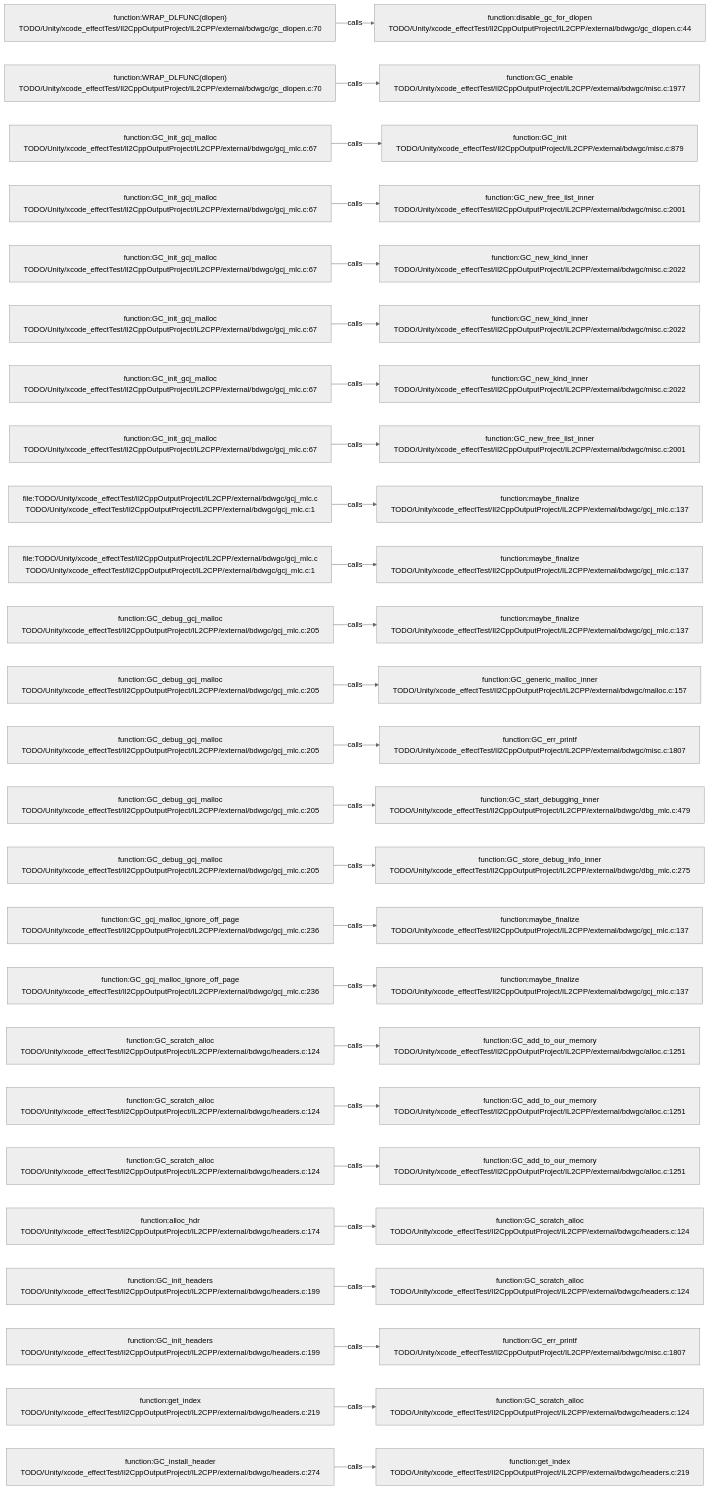
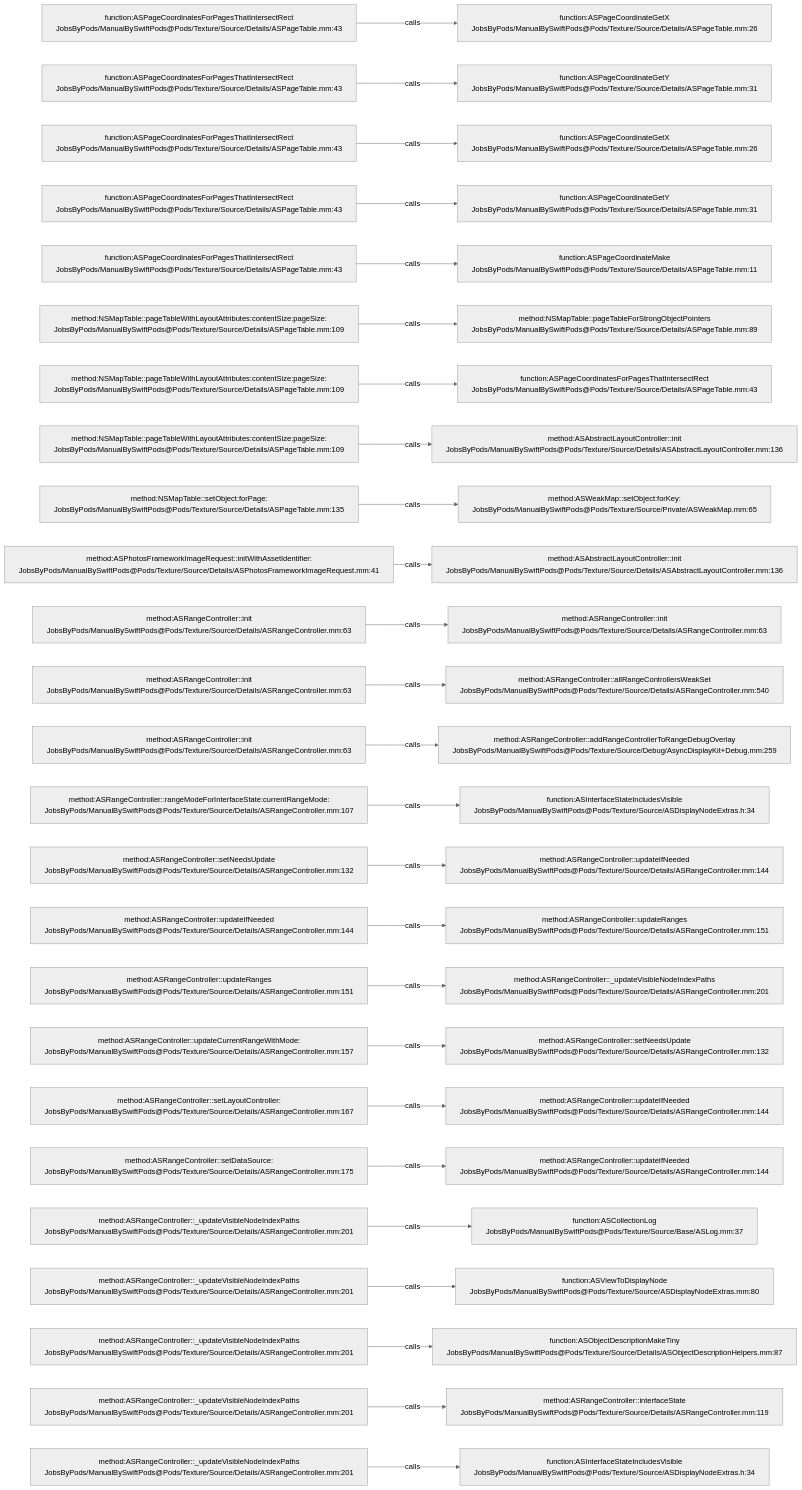
One commit to JobsKits/JobsSwiftBaseConfigDemo changed the diagram in .codegraph/codegraph.md/graphs/calls-112.md. Above: the diagram before and after it, drawn with Mermaid (neutral theme). The commit also changed 2959 other files, not shown here.

````diff
--- a/.codegraph/codegraph.md/graphs/calls-112.md
+++ b/.codegraph/codegraph.md/graphs/calls-112.md
@@ -13,78 +13,78 @@
 ```mermaid
 flowchart LR
-  S1["function:WRAP_DLFUNC(dlopen)<br/>TODO/Unity/xcode_effectTest/Il2CppOutputProject/IL2CPP/external/bdwgc/gc_dlopen.c:70"]
-  T1["function:disable_gc_for_dlopen<br/>TODO/Unity/xcode_effectTest/Il2CppOutputProject/IL2CPP/external/bdwgc/gc_dlopen.c:44"]
+  S1["function:ASPageCoordinatesForPagesThatIntersectRect<br/>JobsByPods/ManualBySwiftPods@Pods/Texture/Source/Details/ASPageTable.mm:43"]
+  T1["function:ASPageCoordinateGetX<br/>JobsByPods/ManualBySwiftPods@Pods/Texture/Source/Details/ASPageTable.mm:26"]
   S1 -->|calls| T1
-  S2["function:WRAP_DLFUNC(dlopen)<br/>TODO/Unity/xcode_effectTest/Il2CppOutputProject/IL2CPP/external/bdwgc/gc_dlopen.c:70"]
-  T2["function:GC_enable<br/>TODO/Unity/xcode_effectTest/Il2CppOutputProject/IL2CPP/external/bdwgc/misc.c:1977"]
+  S2["function:ASPageCoordinatesForPagesThatIntersectRect<br/>JobsByPods/ManualBySwiftPods@Pods/Texture/Source/Details/ASPageTable.mm:43"]
+  T2["function:ASPageCoordinateGetY<br/>JobsByPods/ManualBySwiftPods@Pods/Texture/Source/Details/ASPageTable.mm:31"]
   S2 -->|calls| T2
-  S3["function:GC_init_gcj_malloc<br/>TODO/Unity/xcode_effectTest/Il2CppOutputProject/IL2CPP/external/bdwgc/gcj_mlc.c:67"]
-  T3["function:GC_init<br/>TODO/Unity/xcode_effectTest/Il2CppOutputProject/IL2CPP/external/bdwgc/misc.c:879"]
+  S3["function:ASPageCoordinatesForPagesThatIntersectRect<br/>JobsByPods/ManualBySwiftPods@Pods/Texture/Source/Details/ASPageTable.mm:43"]
+  T3["function:ASPageCoordinateGetX<br/>JobsByPods/ManualBySwiftPods@Pods/Texture/Source/Details/ASPageTable.mm:26"]
   S3 -->|calls| T3
-  S4["function:GC_init_gcj_malloc<br/>TODO/Unity/xcode_effectTest/Il2CppOutputProject/IL2CPP/external/bdwgc/gcj_mlc.c:67"]
-  T4["function:GC_new_free_list_inner<br/>TODO/Unity/xcode_effectTest/Il2CppOutputProject/IL2CPP/external/bdwgc/misc.c:2001"]
+  S4["function:ASPageCoordinatesForPagesThatIntersectRect<br/>JobsByPods/ManualBySwiftPods@Pods/Texture/Source/Details/ASPageTable.mm:43"]
+  T4["function:ASPageCoordinateGetY<br/>JobsByPods/ManualBySwiftPods@Pods/Texture/Source/Details/ASPageTable.mm:31"]
   S4 -->|calls| T4
-  S5["function:GC_init_gcj_malloc<br/>TODO/Unity/xcode_effectTest/Il2CppOutputProject/IL2CPP/external/bdwgc/gcj_mlc.c:67"]
-  T5["function:GC_new_kind_inner<br/>TODO/Unity/xcode_effectTest/Il2CppOutputProject/IL2CPP/external/bdwgc/misc.c:2022"]
+  S5["function:ASPageCoordinatesForPagesThatIntersectRect<br/>JobsByPods/ManualBySwiftPods@Pods/Texture/Source/Details/ASPageTable.mm:43"]
+  T5["function:ASPageCoordinateMake<br/>JobsByPods/ManualBySwiftPods@Pods/Texture/Source/Details/ASPageTable.mm:11"]
   S5 -->|calls| T5
-  S6["function:GC_init_gcj_malloc<br/>TODO/Unity/xcode_effectTest/Il2CppOutputProject/IL2CPP/external/bdwgc/gcj_mlc.c:67"]
-  T6["function:GC_new_kind_inner<br/>TODO/Unity/xcode_effectTest/Il2CppOutputProject/IL2CPP/external/bdwgc/misc.c:2022"]
+  S6["method:NSMapTable::pageTableWithLayoutAttributes:contentSize:pageSize:<br/>JobsByPods/ManualBySwiftPods@Pods/Texture/Source/Details/ASPageTable.mm:109"]
+  T6["method:NSMapTable::pageTableForStrongObjectPointers<br/>JobsByPods/ManualBySwiftPods@Pods/Texture/Source/Details/ASPageTable.mm:89"]
   S6 -->|calls| T6
-  S7["function:GC_init_gcj_malloc<br/>TODO/Unity/xcode_effectTest/Il2CppOutputProject/IL2CPP/external/bdwgc/gcj_mlc.c:67"]
-  T7["function:GC_new_kind_inner<br/>TODO/Unity/xcode_effectTest/Il2CppOutputProject/IL2CPP/external/bdwgc/misc.c:2022"]
+  S7["method:NSMapTable::pageTableWithLayoutAttributes:contentSize:pageSize:<br/>JobsByPods/ManualBySwiftPods@Pods/Texture/Source/Details/ASPageTable.mm:109"]
+  T7["function:ASPageCoordinatesForPagesThatIntersectRect<br/>JobsByPods/ManualBySwiftPods@Pods/Texture/Source/Details/ASPageTable.mm:43"]
   S7 -->|calls| T7
-  S8["function:GC_init_gcj_malloc<br/>TODO/Unity/xcode_effectTest/Il2CppOutputProject/IL2CPP/external/bdwgc/gcj_mlc.c:67"]
-  T8["function:GC_new_free_list_inner<br/>TODO/Unity/xcode_effectTest/Il2CppOutputProject/IL2CPP/external/bdwgc/misc.c:2001"]
+  S8["method:NSMapTable::pageTableWithLayoutAttributes:contentSize:pageSize:<br/>JobsByPods/ManualBySwiftPods@Pods/Texture/Source/Details/ASPageTable.mm:109"]
+  T8["method:ASAbstractLayoutController::init<br/>JobsByPods/ManualBySwiftPods@Pods/Texture/Source/Details/ASAbstractLayoutController.mm:136"]
   S8 -->|calls| T8
-  S9["file:TODO/Unity/xcode_effectTest/Il2CppOutputProject/IL2CPP/external/bdwgc/gcj_mlc.c<br/>TODO/Unity/xcode_effectTest/Il2CppOutputProject/IL2CPP/external/bdwgc/gcj_mlc.c:1"]
-  T9["function:maybe_finalize<br/>TODO/Unity/xcode_effectTest/Il2CppOutputProject/IL2CPP/external/bdwgc/gcj_mlc.c:137"]
+  S9["method:NSMapTable::setObject:forPage:<br/>JobsByPods/ManualBySwiftPods@Pods/Texture/Source/Details/ASPageTable.mm:135"]
+  T9["method:ASWeakMap::setObject:forKey:<br/>JobsByPods/ManualBySwiftPods@Pods/Texture/Source/Private/ASWeakMap.mm:65"]
   S9 -->|calls| T9
-  S10["file:TODO/Unity/xcode_effectTest/Il2CppOutputProject/IL2CPP/external/bdwgc/gcj_mlc.c<br/>TODO/Unity/xcode_effectTest/Il2CppOutputProject/IL2CPP/external/bdwgc/gcj_mlc.c:1"]
-  T10["function:maybe_finalize<br/>TODO/Unity/xcode_effectTest/Il2CppOutputProject/IL2CPP/external/bdwgc/gcj_mlc.c:137"]
+  S10["method:ASPhotosFrameworkImageRequest::initWithAssetIdentifier:<br/>JobsByPods/ManualBySwiftPods@Pods/Texture/Source/Details/ASPhotosFrameworkImageRequest.mm:41"]
+  T10["method:ASAbstractLayoutController::init<br/>JobsByPods/ManualBySwiftPods@Pods/Texture/Source/Details/ASAbstractLayoutController.mm:136"]
   S10 -->|calls| T10
-  S11["function:GC_debug_gcj_malloc<br/>TODO/Unity/xcode_effectTest/Il2CppOutputProject/IL2CPP/external/bdwgc/gcj_mlc.c:205"]
-  T11["function:maybe_finalize<br/>TODO/Unity/xcode_effectTest/Il2CppOutputProject/IL2CPP/external/bdwgc/gcj_mlc.c:137"]
+  S11["method:ASRangeController::init<br/>JobsByPods/ManualBySwiftPods@Pods/Texture/Source/Details/ASRangeController.mm:63"]
+  T11["method:ASRangeController::init<br/>JobsByPods/ManualBySwiftPods@Pods/Texture/Source/Details/ASRangeController.mm:63"]
   S11 -->|calls| T11
-  S12["function:GC_debug_gcj_malloc<br/>TODO/Unity/xcode_effectTest/Il2CppOutputProject/IL2CPP/external/bdwgc/gcj_mlc.c:205"]
-  T12["function:GC_generic_malloc_inner<br/>TODO/Unity/xcode_effectTest/Il2CppOutputProject/IL2CPP/external/bdwgc/malloc.c:157"]
+  S12["method:ASRangeController::init<br/>JobsByPods/ManualBySwiftPods@Pods/Texture/Source/Details/ASRangeController.mm:63"]
+  T12["method:ASRangeController::allRangeControllersWeakSet<br/>JobsByPods/ManualBySwiftPods@Pods/Texture/Source/Details/ASRangeController.mm:540"]
   S12 -->|calls| T12
-  S13["function:GC_debug_gcj_malloc<br/>TODO/Unity/xcode_effectTest/Il2CppOutputProject/IL2CPP/external/bdwgc/gcj_mlc.c:205"]
-  T13["function:GC_err_printf<br/>TODO/Unity/xcode_effectTest/Il2CppOutputProject/IL2CPP/external/bdwgc/misc.c:1807"]
+  S13["method:ASRangeController::init<br/>JobsByPods/ManualBySwiftPods@Pods/Texture/Source/Details/ASRangeController.mm:63"]
+  T13["method:ASRangeController::addRangeControllerToRangeDebugOverlay<br/>JobsByPods/ManualBySwiftPods@Pods/Texture/Source/Debug/AsyncDisplayKit+Debug.mm:259"]
   S13 -->|calls| T13
-  S14["function:GC_debug_gcj_malloc<br/>TODO/Unity/xcode_effectTest/Il2CppOutputProject/IL2CPP/external/bdwgc/gcj_mlc.c:205"]
-  T14["function:GC_start_debugging_inner<br/>TODO/Unity/xcode_effectTest/Il2CppOutputProject/IL2CPP/external/bdwgc/dbg_mlc.c:479"]
+  S14["method:ASRangeController::rangeModeForInterfaceState:currentRangeMode:<br/>JobsByPods/ManualBySwiftPods@Pods/Texture/Source/Details/ASRangeController.mm:107"]
+  T14["function:ASInterfaceStateIncludesVisible<br/>JobsByPods/ManualBySwiftPods@Pods/Texture/Source/ASDisplayNodeExtras.h:34"]
   S14 -->|calls| T14
-  S15["function:GC_debug_gcj_malloc<br/>TODO/Unity/xcode_effectTest/Il2CppOutputProject/IL2CPP/external/bdwgc/gcj_mlc.c:205"]
-  T15["function:GC_store_debug_info_inner<br/>TODO/Unity/xcode_effectTest/Il2CppOutputProject/IL2CPP/external/bdwgc/dbg_mlc.c:275"]
+  S15["method:ASRangeController::setNeedsUpdate<br/>JobsByPods/ManualBySwiftPods@Pods/Texture/Source/Details/ASRangeController.mm:132"]
+  T15["method:ASRangeController::updateIfNeeded<br/>JobsByPods/ManualBySwiftPods@Pods/Texture/Source/Details/ASRangeController.mm:144"]
   S15 -->|calls| T15
-  S16["function:GC_gcj_malloc_ignore_off_page<br/>TODO/Unity/xcode_effectTest/Il2CppOutputProject/IL2CPP/external/bdwgc/gcj_mlc.c:236"]
-  T16["function:maybe_finalize<br/>TODO/Unity/xcode_effectTest/Il2CppOutputProject/IL2CPP/external/bdwgc/gcj_mlc.c:137"]
+  S16["method:ASRangeController::updateIfNeeded<br/>JobsByPods/ManualBySwiftPods@Pods/Texture/Source/Details/ASRangeController.mm:144"]
+  T16["method:ASRangeController::updateRanges<br/>JobsByPods/ManualBySwiftPods@Pods/Texture/Source/Details/ASRangeController.mm:151"]
   S16 -->|calls| T16
-  S17["function:GC_gcj_malloc_ignore_off_page<br/>TODO/Unity/xcode_effectTest/Il2CppOutputProject/IL2CPP/external/bdwgc/gcj_mlc.c:236"]
-  T17["function:maybe_finalize<br/>TODO/Unity/xcode_effectTest/Il2CppOutputProject/IL2CPP/external/bdwgc/gcj_mlc.c:137"]
+  S17["method:ASRangeController::updateRanges<br/>JobsByPods/ManualBySwiftPods@Pods/Texture/Source/Details/ASRangeController.mm:151"]
+  T17["method:ASRangeController::_updateVisibleNodeIndexPaths<br/>JobsByPods/ManualBySwiftPods@Pods/Texture/Source/Details/ASRangeController.mm:201"]
   S17 -->|calls| T17
-  S18["function:GC_scratch_alloc<br/>TODO/Unity/xcode_effectTest/Il2CppOutputProject/IL2CPP/external/bdwgc/headers.c:124"]
-  T18["function:GC_add_to_our_memory<br/>TODO/Unity/xcode_effectTest/Il2CppOutputProject/IL2CPP/external/bdwgc/alloc.c:1251"]
+  S18["method:ASRangeController::updateCurrentRangeWithMode:<br/>JobsByPods/ManualBySwiftPods@Pods/Texture/Source/Details/ASRangeController.mm:157"]
+  T18["method:ASRangeController::setNeedsUpdate<br/>JobsByPods/ManualBySwiftPods@Pods/Texture/Source/Details/ASRangeController.mm:132"]
   S18 -->|calls| T18
-  S19["function:GC_scratch_alloc<br/>TODO/Unity/xcode_effectTest/Il2CppOutputProject/IL2CPP/external/bdwgc/headers.c:124"]
-  T19["function:GC_add_to_our_memory<br/>TODO/Unity/xcode_effectTest/Il2CppOutputProject/IL2CPP/external/bdwgc/alloc.c:1251"]
+  S19["method:ASRangeController::setLayoutController:<br/>JobsByPods/ManualBySwiftPods@Pods/Texture/Source/Details/ASRangeController.mm:167"]
+  T19["method:ASRangeController::updateIfNeeded<br/>JobsByPods/ManualBySwiftPods@Pods/Texture/Source/Details/ASRangeController.mm:144"]
   S19 -->|calls| T19
-  S20["function:GC_scratch_alloc<br/>TODO/Unity/xcode_effectTest/Il2CppOutputProject/IL2CPP/external/bdwgc/headers.c:124"]
-  T20["function:GC_add_to_our_memory<br/>TODO/Unity/xcode_effectTest/Il2CppOutputProject/IL2CPP/external/bdwgc/alloc.c:1251"]
+  S20["method:ASRangeController::setDataSource:<br/>JobsByPods/ManualBySwiftPods@Pods/Texture/Source/Details/ASRangeController.mm:175"]
+  T20["method:ASRangeController::updateIfNeeded<br/>JobsByPods/ManualBySwiftPods@Pods/Texture/Source/Details/ASRangeController.mm:144"]
   S20 -->|calls| T20
-  S21["function:alloc_hdr<br/>TODO/Unity/xcode_effectTest/Il2CppOutputProject/IL2CPP/external/bdwgc/headers.c:174"]
-  T21["function:GC_scratch_alloc<br/>TODO/Unity/xcode_effectTest/Il2CppOutputProject/IL2CPP/external/bdwgc/headers.c:124"]
+  S21["method:ASRangeController::_updateVisibleNodeIndexPaths<br/>JobsByPods/ManualBySwiftPods@Pods/Texture/Source/Details/ASRangeController.mm:201"]
+  T21["function:ASCollectionLog<br/>JobsByPods/ManualBySwiftPods@Pods/Texture/Source/Base/ASLog.mm:37"]
   S21 -->|calls| T21
-  S22["function:GC_init_headers<br/>TODO/Unity/xcode_effectTest/Il2CppOutputProject/IL2CPP/external/bdwgc/headers.c:199"]
-  T22["function:GC_scratch_alloc<br/>TODO/Unity/xcode_effectTest/Il2CppOutputProject/IL2CPP/external/bdwgc/headers.c:124"]
+  S22["method:ASRangeController::_updateVisibleNodeIndexPaths<br/>JobsByPods/ManualBySwiftPods@Pods/Texture/Source/Details/ASRangeController.mm:201"]
+  T22["function:ASViewToDisplayNode<br/>JobsByPods/ManualBySwiftPods@Pods/Texture/Source/ASDisplayNodeExtras.mm:80"]
   S22 -->|calls| T22
-  S23["function:GC_init_headers<br/>TODO/Unity/xcode_effectTest/Il2CppOutputProject/IL2CPP/external/bdwgc/headers.c:199"]
-  T23["function:GC_err_printf<br/>TODO/Unity/xcode_effectTest/Il2CppOutputProject/IL2CPP/external/bdwgc/misc.c:1807"]
+  S23["method:ASRangeController::_updateVisibleNodeIndexPaths<br/>JobsByPods/ManualBySwiftPods@Pods/Texture/Source/Details/ASRangeController.mm:201"]
+  T23["function:ASObjectDescriptionMakeTiny<br/>JobsByPods/ManualBySwiftPods@Pods/Texture/Source/Details/ASObjectDescriptionHelpers.mm:87"]
   S23 -->|calls| T23
-  S24["function:get_index<br/>TODO/Unity/xcode_effectTest/Il2CppOutputProject/IL2CPP/external/bdwgc/headers.c:219"]
-  T24["function:GC_scratch_alloc<br/>TODO/Unity/xcode_effectTest/Il2CppOutputProject/IL2CPP/external/bdwgc/headers.c:124"]
+  S24["method:ASRangeController::_updateVisibleNodeIndexPaths<br/>JobsByPods/ManualBySwiftPods@Pods/Texture/Source/Details/ASRangeController.mm:201"]
+  T24["method:ASRangeController::interfaceState<br/>JobsByPods/ManualBySwiftPods@Pods/Texture/Source/Details/ASRangeController.mm:119"]
   S24 -->|calls| T24
-  S25["function:GC_install_header<br/>TODO/Unity/xcode_effectTest/Il2CppOutputProject/IL2CPP/external/bdwgc/headers.c:274"]
-  T25["function:get_index<br/>TODO/Unity/xcode_effectTest/Il2CppOutputProject/IL2CPP/external/bdwgc/headers.c:219"]
+  S25["method:ASRangeController::_updateVisibleNodeIndexPaths<br/>JobsByPods/ManualBySwiftPods@Pods/Texture/Source/Details/ASRangeController.mm:201"]
+  T25["function:ASInterfaceStateIncludesVisible<br/>JobsByPods/ManualBySwiftPods@Pods/Texture/Source/ASDisplayNodeExtras.h:34"]
   S25 -->|calls| T25
 ```
````
